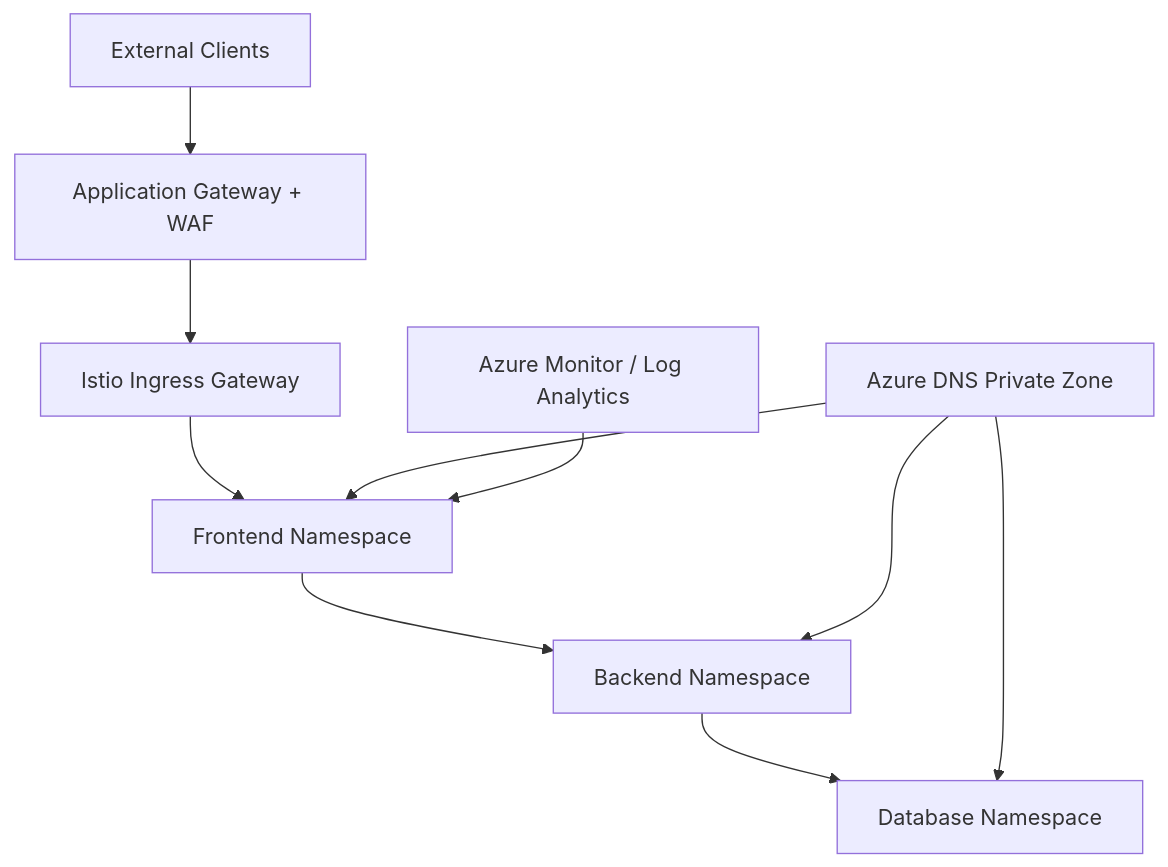
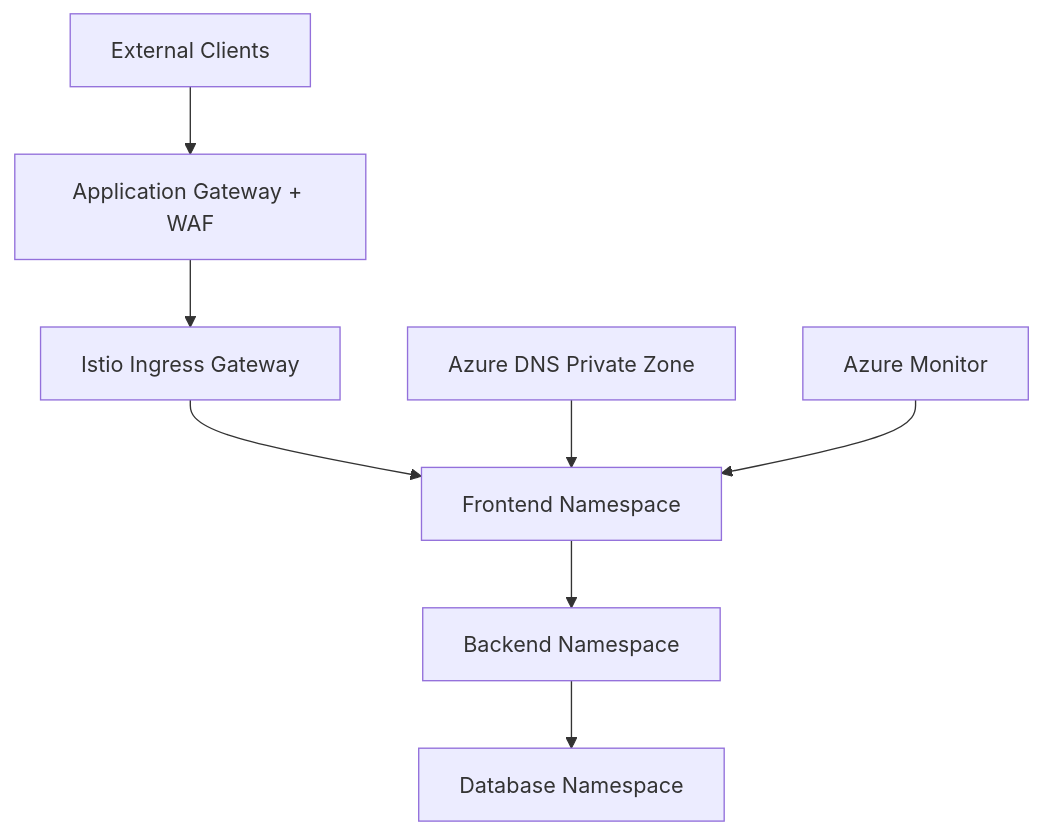
The diagram in README.md (SergioSediq/azure-aks-zero-trust-service-mesh), drawn with Mermaid before and after one commit. The commit also changed other lines of this file, not shown here.

````diff
--- a/README.md
+++ b/README.md
@@ -30,12 +49,10 @@
 ```mermaid
 graph TB
     CLIENT[External Clients] --> AGW[Application Gateway + WAF]
     AGW --> INGRESS[Istio Ingress Gateway]
     INGRESS --> FE[Frontend Namespace]
     FE --> BE[Backend Namespace]
     BE --> DB[Database Namespace]
     DNS[Azure DNS Private Zone] --> FE
-    DNS --> BE
-    DNS --> DB
-    MON[Azure Monitor / Log Analytics] --> FE
+    MON[Azure Monitor] --> FE
 ```
````
